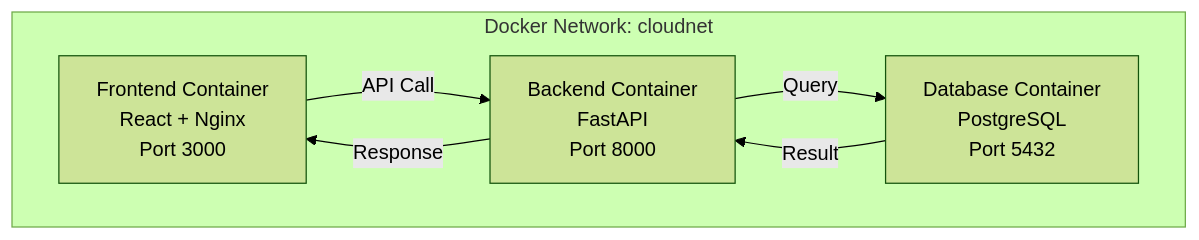
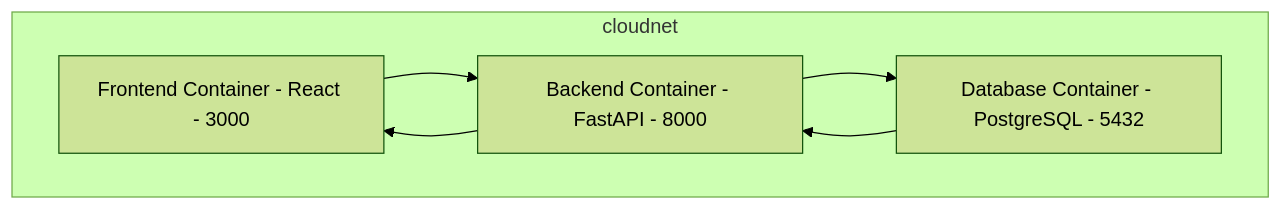
Before and after one commit to aidilsaputrakirsan-classroom/cc-kelompok-a-suksesss: the third of 5 diagrams in README.md, drawn with Mermaid (forest theme). The commit also changed other lines of this file, not shown here.

````diff
--- a/README.md
+++ b/README.md
@@ -126,13 +126,13 @@
 ```mermaid
 graph TD
-    subgraph Docker Network: cloudnet
-        FE["Frontend Container<br/>React + Nginx<br/>Port 3000"]
-        BE["Backend Container<br/>FastAPI<br/>Port 8000"]
-        DB["Database Container<br/>PostgreSQL<br/>Port 5432"]
+    subgraph cloudnet
+        FE[Frontend Container - React - 3000]
+        BE[Backend Container - FastAPI - 8000]
+        DB[Database Container - PostgreSQL - 5432]
     end
 
-    FE -->|API Call| BE
-    BE -->|Query| DB
-    DB -->|Result| BE
-    BE -->|Response| FE
+    FE --> BE
+    BE --> DB
+    DB --> BE
+    BE --> FE
 ```
````
